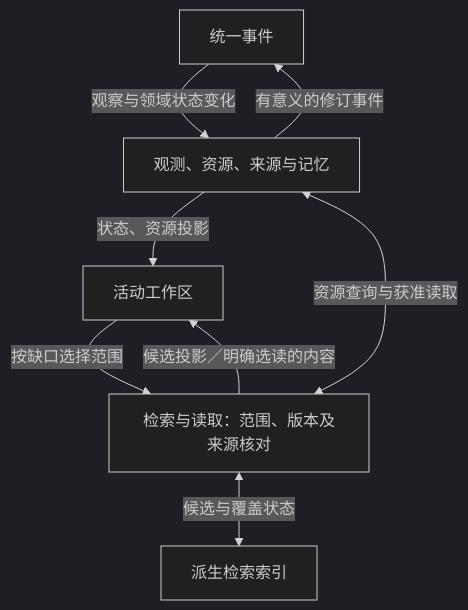
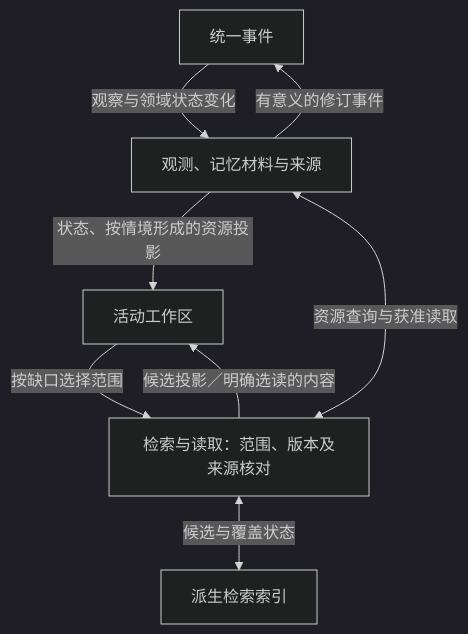
One commit to d7z-project/TinyAGI changed the fourth of 13 diagrams in DESIGN.md. Above: the diagram before and after it, drawn with Mermaid (dark theme). The commit also changed other lines of this file and 13 other files, not shown here.

````diff
--- a/DESIGN.md
+++ b/DESIGN.md
@@ -154,10 +157,10 @@
 ```mermaid
 flowchart TB
-    Events["统一事件"] -->|"观察与领域状态变化"| Knowledge["观测、资源、来源与记忆"]
-    Knowledge -->|"状态、资源投影"| Work["活动工作区"]
+    Events["统一事件"] -->|"观察与领域状态变化"| Knowledge["观测、记忆材料与来源"]
+    Knowledge -->|"状态、按情境形成的资源投影"| Work["活动工作区"]
     Work -->|"按缺口选择范围"| Retrieval["检索与读取：范围、版本及来源核对"]
     Retrieval <-->|"资源查询与获准读取"| Knowledge
     Retrieval <-->|"候选与覆盖状态"| Index["派生检索索引"]
     Retrieval -->|"候选投影／明确选读的内容"| Work
     Knowledge -->|"有意义的修订事件"| Events
 ```
````
